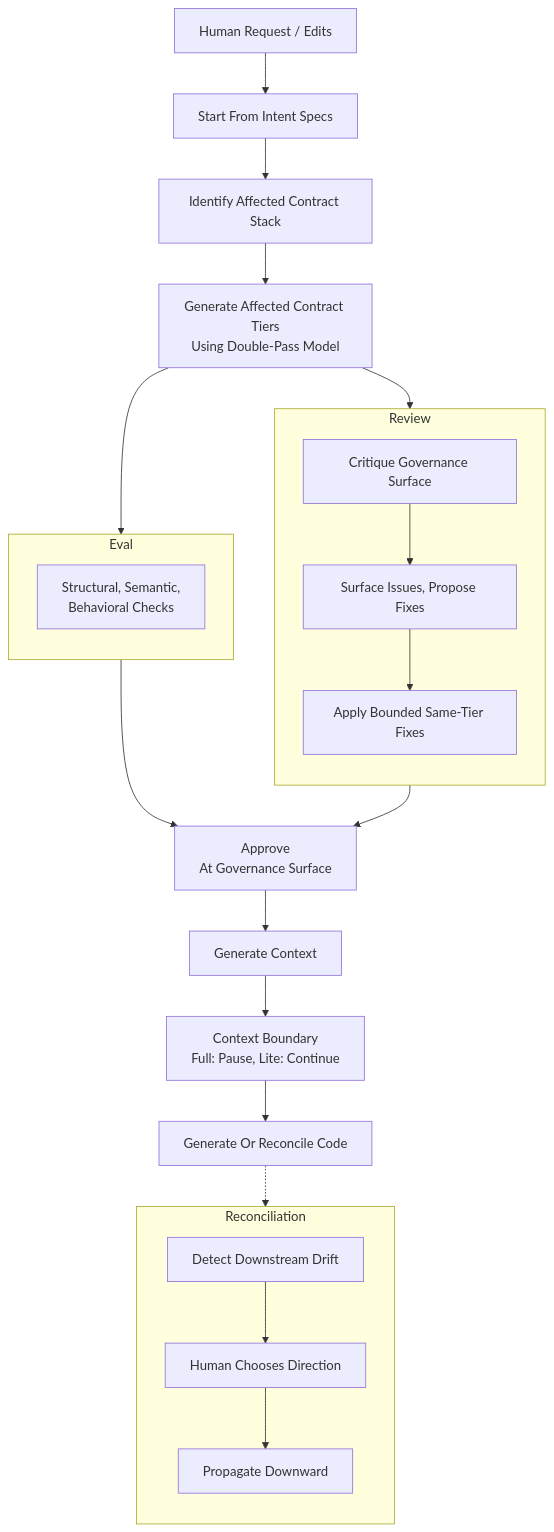
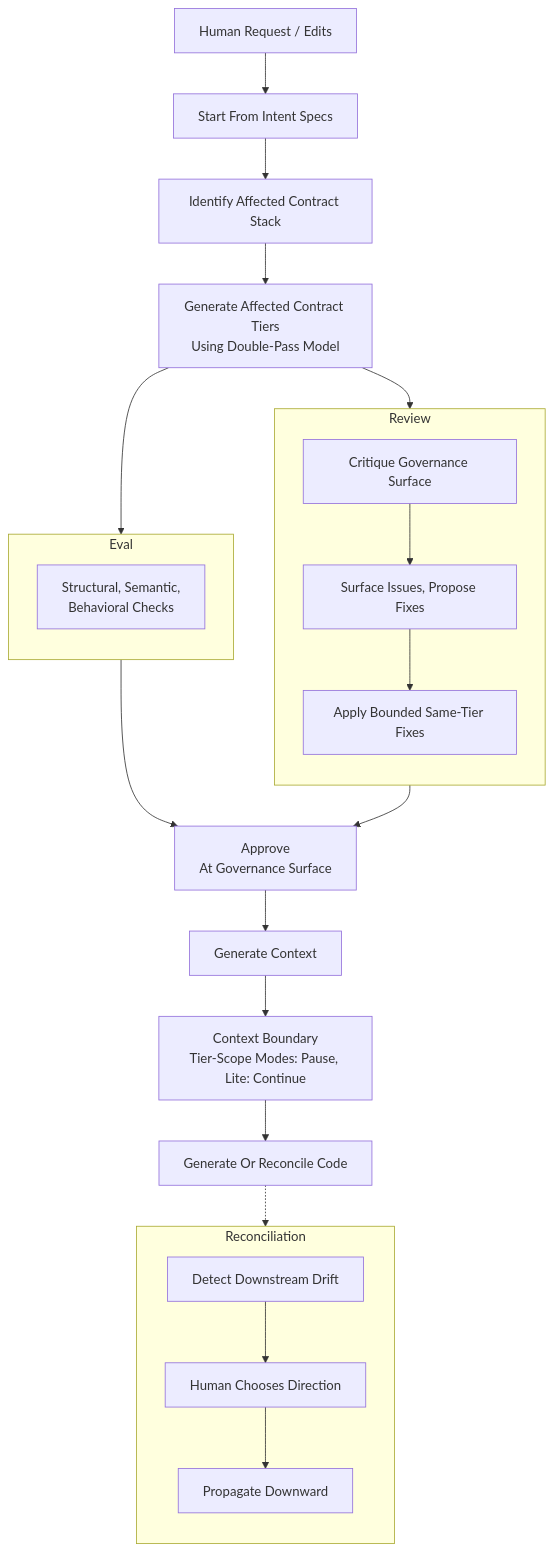
Before and after one commit to dahans-msft2/vibeloom-copilot-cli: the second of 5 diagrams in v02/vibeloom-methodology.md, drawn with Mermaid. The commit also changed other lines of this file and 13 other files, not shown here.

````diff
--- a/v02/vibeloom-methodology.md
+++ b/v02/vibeloom-methodology.md
@@ -263,41 +281,41 @@
 ```mermaid
 flowchart TD
     H["Human Request / Edits"]
     I["Start From Intent Specs"]
     D["Identify Affected Contract Stack"]
     G["Generate Affected Contract Tiers<br/>Using Double-Pass Model"]
 
     H --> I --> D --> G
 
     G --> R
     G --> E
 
     subgraph REV["Review"]
         direction TB
         R["Critique Governance Surface"]
         R1["Surface Issues, Propose Fixes"]
         R2["Apply Bounded Same-Tier Fixes"]
         R --> R1 --> R2
     end
 
     subgraph EVL["Eval"]
         direction TB
         E["Structural, Semantic,<br/>Behavioral Checks"]
     end
 
     R2 --> A["Approve<br/>At Governance Surface"]
     E --> A
 
     A --> C["Generate Context"]
-    C --> B["Context Boundary<br/>Full: Pause, Lite: Continue"]
+    C --> B["Context Boundary<br/>Tier-Scope Modes: Pause, Lite: Continue"]
     B --> K["Generate Or Reconcile Code"]
 
     K -.-> Q
     subgraph REC["Reconciliation"]
         direction TB
         Q["Detect Downstream Drift"]
         Q1["Human Chooses Direction"]
         Q2["Propagate Downward"]
         Q --> Q1 --> Q2
     end
 ```
````
